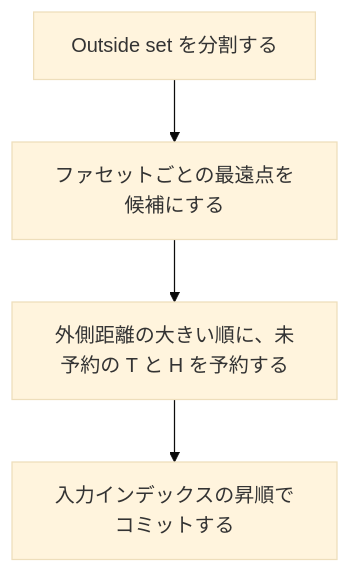
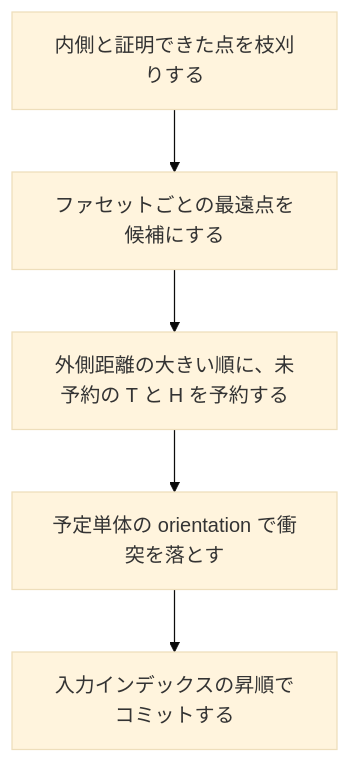
The second of 2 diagrams in .dev/convx-design.md (YUKIKEDA/convx), drawn with Mermaid (base theme) before and after one commit. The commit also changed other lines of this file and 2 other files, not shown here.

````diff
--- a/.dev/convx-design.md
+++ b/.dev/convx-design.md
@@ -175,8 +183,9 @@
 ```mermaid
 flowchart TD
-    scan["Outside set を分割する"]
+    scan["内側と証明できた点を枝刈りする"]
     pick["ファセットごとの最遠点を候補にする"]
     reserve["外側距離の大きい順に、未予約の T と H を予約する"]
+    conflict["予定単体の orientation で衝突を落とす"]
     commit["入力インデックスの昇順でコミットする"]
-    scan --> pick --> reserve --> commit
+    scan --> pick --> reserve --> conflict --> commit
 ```
````
